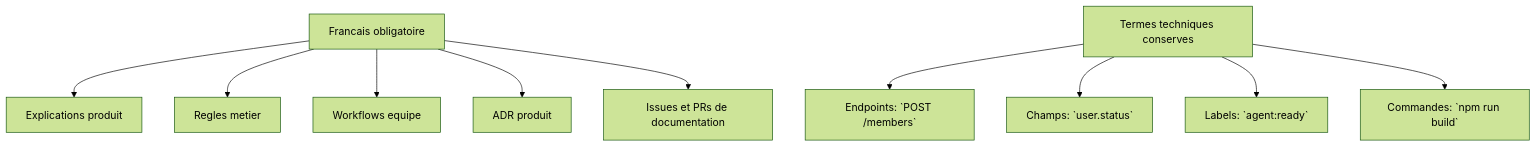
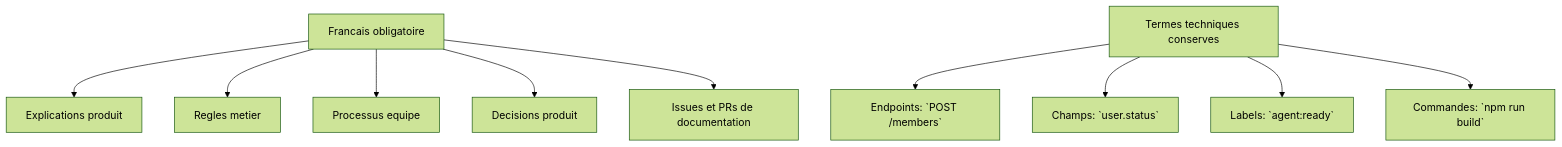
One commit to Chaye-parcel-traveler/chaye_documentations changed the fifth of 6 diagrams in README.md. Above: the diagram before and after it, drawn with Mermaid (forest theme). The commit also changed other lines of this file and 12 other files, not shown here.

````diff
--- a/README.md
+++ b/README.md
@@ -153,13 +156,13 @@
 ```mermaid
 flowchart TB
     FR["Francais obligatoire"] --> FR1["Explications produit"]
     FR --> FR2["Regles metier"]
-    FR --> FR3["Workflows equipe"]
-    FR --> FR4["ADR produit"]
+    FR --> FR3["Processus equipe"]
+    FR --> FR4["Decisions produit"]
     FR --> FR5["Issues et PRs de documentation"]
 
     TECH["Termes techniques conserves"] --> T1["Endpoints: `POST /members`"]
     TECH --> T2["Champs: `user.status`"]
     TECH --> T3["Labels: `agent:ready`"]
     TECH --> T4["Commandes: `npm run build`"]
 ```
````
